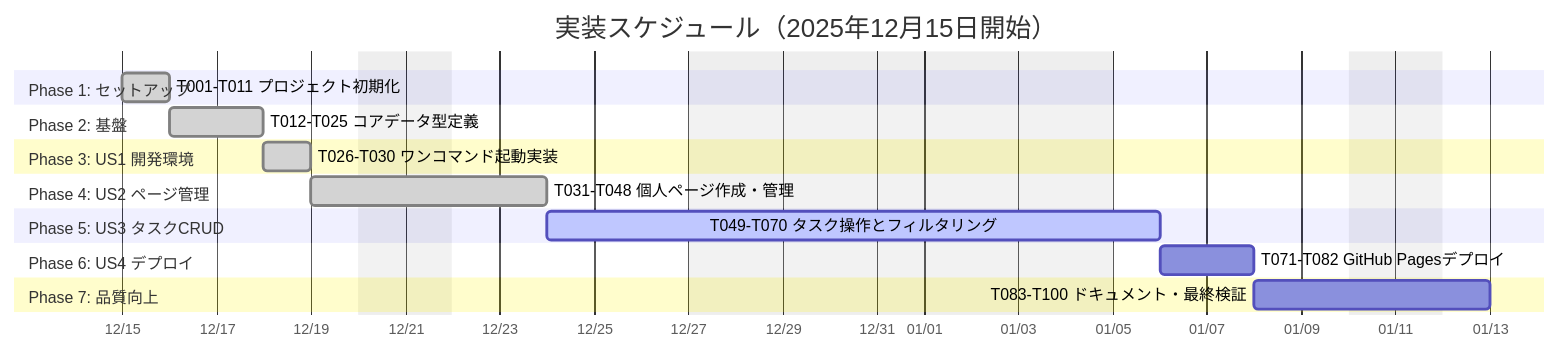
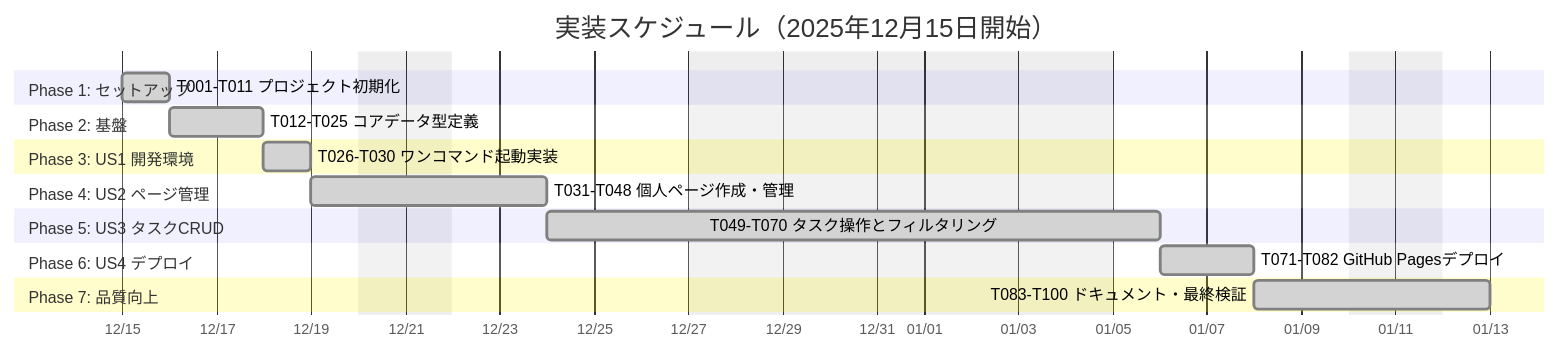
Before and after one commit to J1921604/ToDo: the first of 10 diagrams in specs/001-ToDo/tasks.md, drawn with Mermaid. The commit also changed other lines of this file and 2 other files, not shown here.

````diff
--- a/specs/001-ToDo/tasks.md
+++ b/specs/001-ToDo/tasks.md
@@ -17,28 +17,28 @@
 ```mermaid
 gantt
     title 実装スケジュール（2025年12月15日開始）
     dateFormat YYYY-MM-DD
     axisFormat %m/%d
     excludes weekends 2025-12-27 2025-12-28 2025-12-29 2025-12-30 2025-12-31 2026-01-01 2026-01-02 2026-01-03 2026-01-04
     
     section Phase 1: セットアップ
     T001-T011 プロジェクト初期化           :done, p1, 2025-12-15, 1d
     
     section Phase 2: 基盤
     T012-T025 コアデータ型定義             :done, p2, after p1, 2d
     
     section Phase 3: US1 開発環境
     T026-T030 ワンコマンド起動実装         :done, p3, after p2, 1d
     
     section Phase 4: US2 ページ管理
     T031-T048 個人ページ作成・管理         :done, p4, after p3, 3d
     
     section Phase 5: US3 タスクCRUD
-    T049-T070 タスク操作とフィルタリング   :active, p5, after p4, 4d
+    T049-T070 タスク操作とフィルタリング   :done, p5, after p4, 4d
     
     section Phase 6: US4 デプロイ
-    T071-T082 GitHub Pagesデプロイ         :p6, after p5, 2d
+    T071-T082 GitHub Pagesデプロイ         :done, p6, after p5, 2d
     
     section Phase 7: 品質向上
-    T083-T100 ドキュメント・最終検証       :p7, after p6, 3d
+    T083-T100 ドキュメント・最終検証       :done, p7, after p6, 3d
 ```
````
